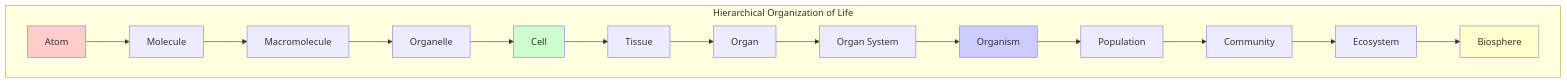
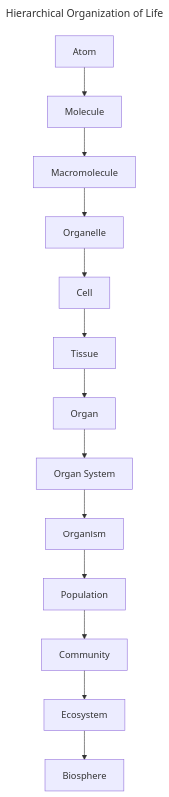
One commit to ScottsSecondAct/ScottsSecondAct.github.io changed the first of 3 diagrams in _notes/Biology-Raven-Chapter_1.md. Above: the diagram before and after it, drawn with Mermaid. The commit also changed other lines of this file and 34 other files, not shown here.

````diff
--- a/_notes/Biology-Raven-Chapter_1.md
+++ b/_notes/Biology-Raven-Chapter_1.md
@@ -710,22 +701,7 @@
 ```mermaid
-graph TB
-    subgraph "Hierarchical Organization of Life"
-    A[Atom] --> B[Molecule]
-    B --> C[Macromolecule]
-    C --> D[Organelle]
-    D --> E[Cell]
-    E --> F[Tissue]
-    F --> G[Organ]
-    G --> H[Organ System]
-    H --> I[Organism]
-    I --> J[Population]
-    J --> K[Community]
-    K --> L[Ecosystem]
-    L --> M[Biosphere]
-    end
-    
-    style A fill:#ffcccc
-    style E fill:#ccffcc
-    style I fill:#ccccff
-    style M fill:#ffffcc
+---
+title: Hierarchical Organization of Life
+---
+graph TD
+    Atom --> Molecule --> Macromolecule --> Organelle --> Cell --> Tissue --> Organ --> Organ_System[Organ System] --> Organism --> Population --> Community --> Ecosystem --> Biosphere
 ```
````
